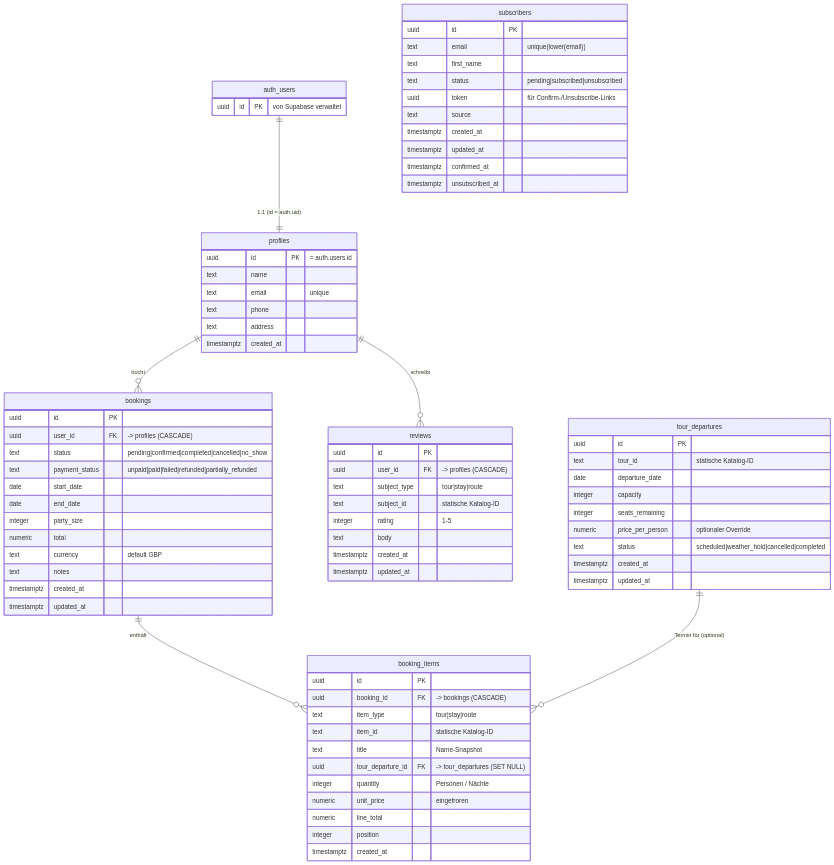
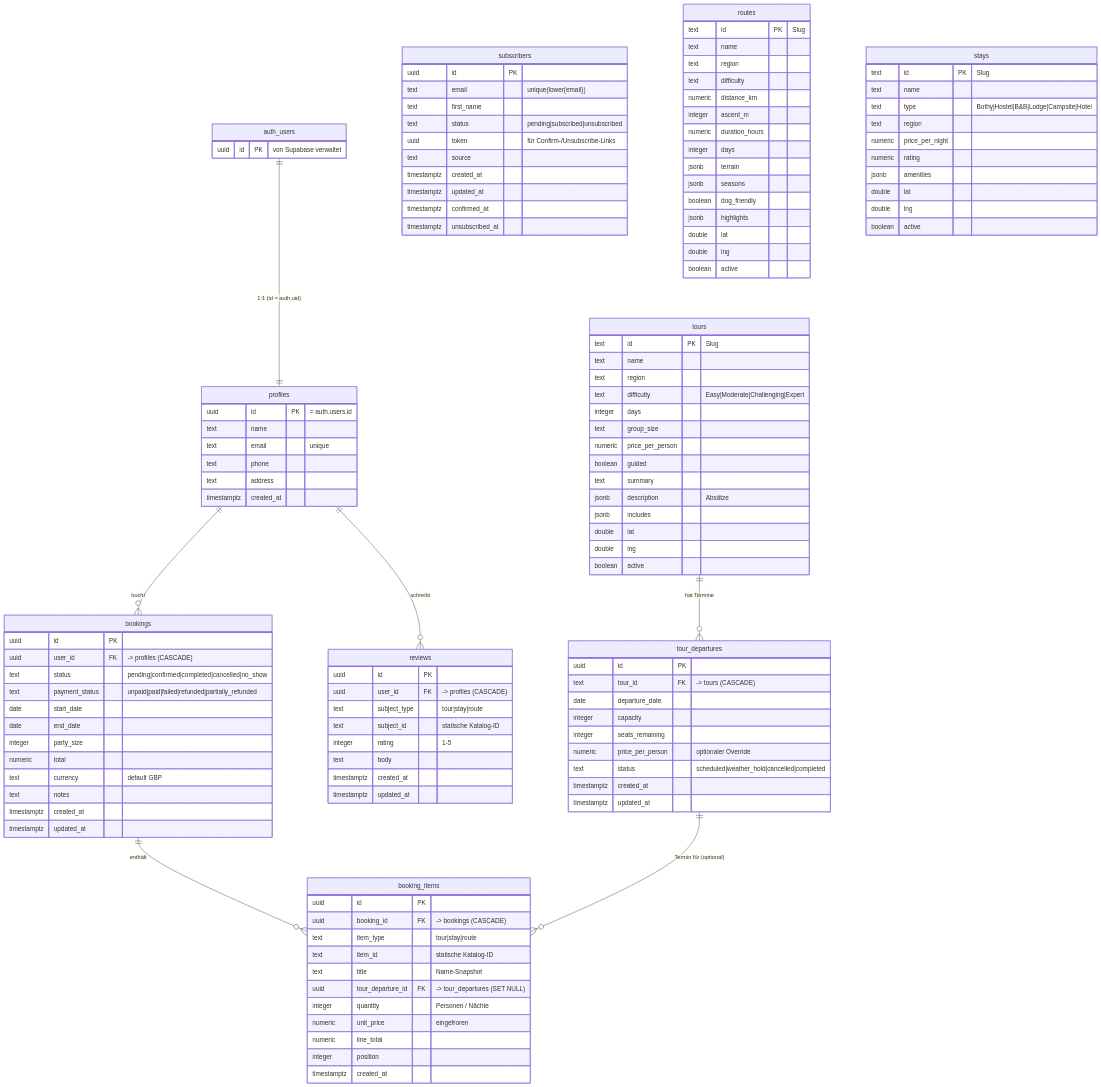
Before and after one commit to RockyourStudium/HIKE_SCOTLAND: the diagram in supabase/README.md, drawn with Mermaid. The commit also changed other lines of this file, not shown here.

Commit message:
docs(db): Katalog-in-DB (Phase 3) in der Doku nachziehen
ER-Diagramm um tours/routes/stays + Tours→Termine ergänzt; tour_id als FK;
Lesehilfe korrigiert (Katalog liegt jetzt in der DB); neuer Katalog-Abschnitt
(Server lib/catalog.ts/ISR + Client CatalogProvider/useCatalog); Tabellenliste
aktualisiert.

````diff
--- a/supabase/README.md
+++ b/supabase/README.md
@@ -19,6 +19,7 @@
     profiles        ||--o{  bookings      : "bucht"
     profiles        ||--o{  reviews       : "schreibt"
     bookings        ||--o{  booking_items : "enthält"
+    tours           ||--o{  tour_departures : "hat Termine"
     tour_departures ||--o{  booking_items : "Termin für (optional)"
 
     auth_users {
@@ -36,7 +37,7 @@
 
     tour_departures {
         uuid          id               PK
-        text          tour_id          "statische Katalog-ID"
+        text          tour_id          FK "-> tours (CASCADE)"
         date          departure_date
         integer       capacity
         integer       seats_remaining
@@ -98,4 +99,52 @@
         timestamptz   confirmed_at
         timestamptz   unsubscribed_at
     }
+
+    tours {
+        text          id          PK "Slug"
+        text          name
+        text          region
+        text          difficulty  "Easy|Moderate|Challenging|Expert"
+        integer       days
+        text          group_size
+        numeric       price_per_person
+        boolean       guided
+        text          summary
+        jsonb         description "Absätze"
+        jsonb         includes
+        double        lat
+        double        lng
+        boolean       active
+    }
+
+    routes {
+        text          id          PK "Slug"
+        text          name
+        text          region
+        text          difficulty
+        numeric       distance_km
+        integer       ascent_m
+        numeric       duration_hours
+        integer       days
+        jsonb         terrain
+        jsonb         seasons
+        boolean       dog_friendly
+        jsonb         highlights
+        double        lat
+        double        lng
+        boolean       active
+    }
+
+    stays {
+        text          id          PK "Slug"
+        text          name
+        text          type        "Bothy|Hostel|B&B|Lodge|Campsite|Hotel"
+        text          region
+        numeric       price_per_night
+        numeric       rating
+        jsonb         amenities
+        double        lat
+        double        lng
+        boolean       active
+    }
 ```
````
